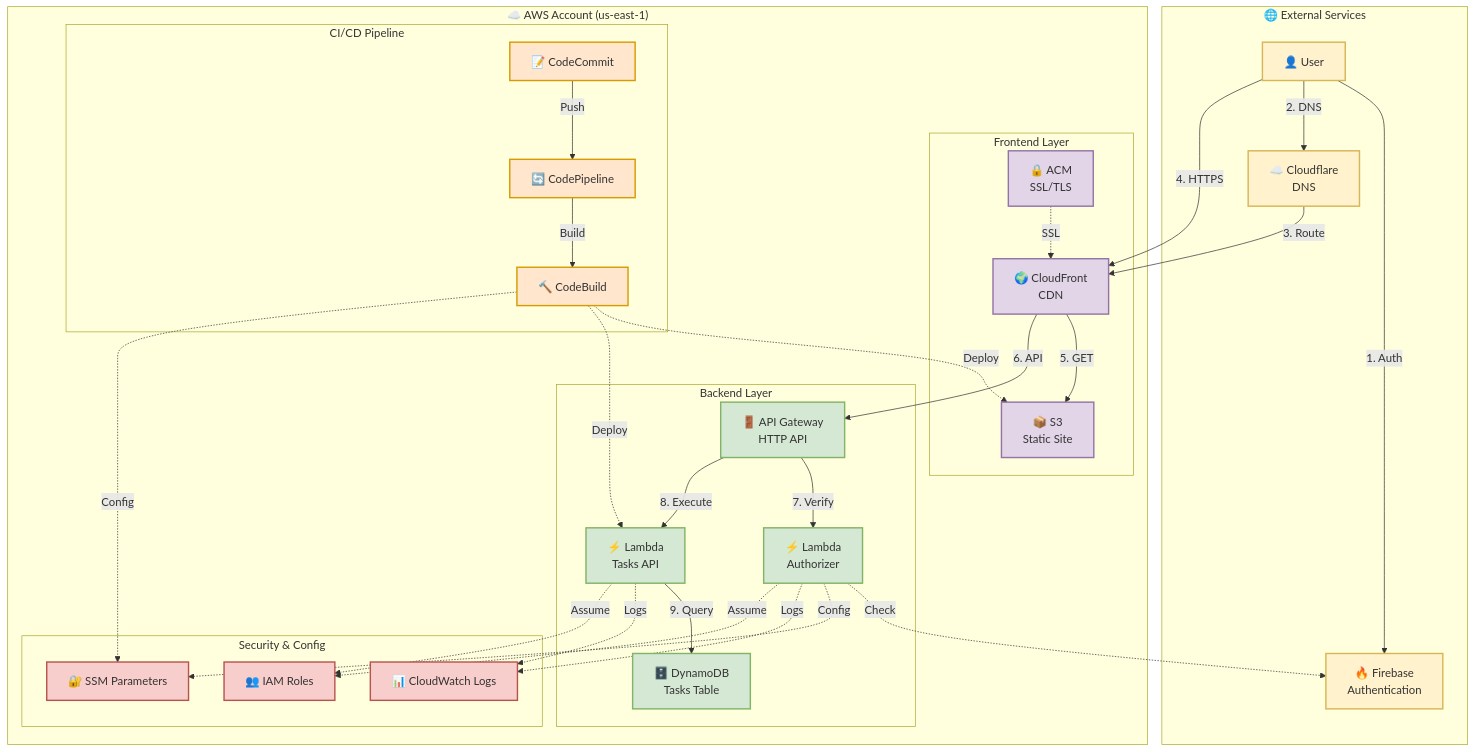
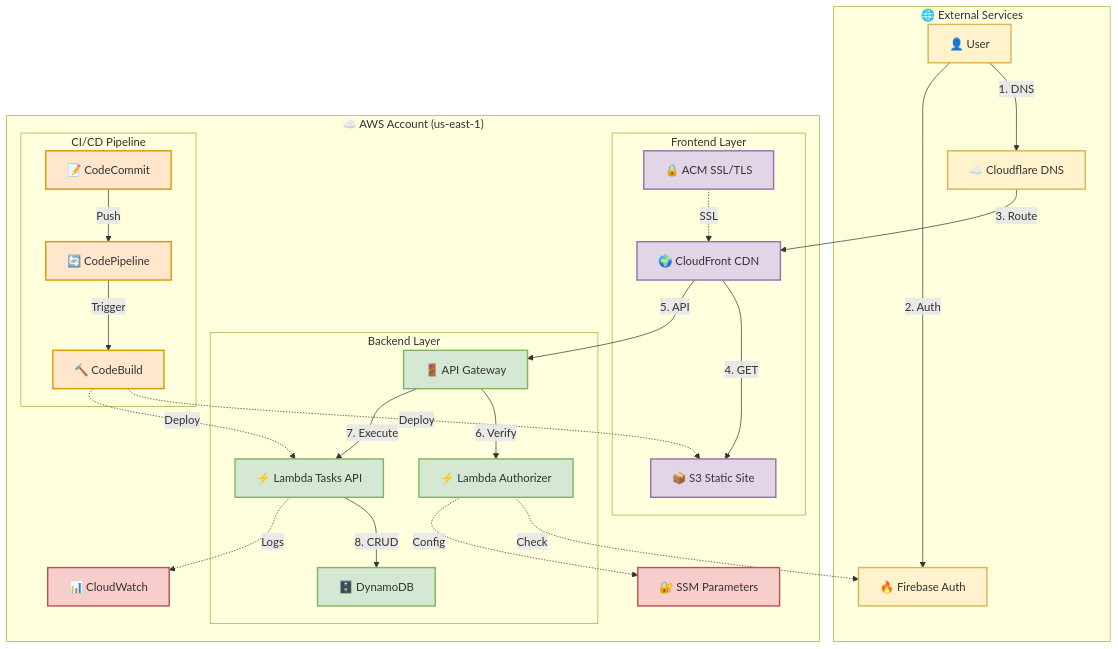
Before and after one commit to deamaya44/canicas-todo: the diagram in README.md, drawn with Mermaid.

Commit message:
docs: update architecture diagram with cleaner version
- Simplified labels (removed line breaks)
- Cleaner flow with numbered steps (1-8)
- Removed IAM from diagram (implicit in Lambda execution)
- Better visual hierarchy
- Same diagram as presentation

````diff
--- a/README.md
+++ b/README.md
@@ -27,26 +27,23 @@
 ```mermaid
 graph TB
-    %% External Services
     subgraph External["🌐 External Services"]
         User["👤 User"]
-        Firebase["🔥 Firebase<br/>Authentication"]
-        Cloudflare["☁️ Cloudflare<br/>DNS"]
+        Firebase["🔥 Firebase Auth"]
+        Cloudflare["☁️ Cloudflare DNS"]
     end
     
-    %% AWS Services
     subgraph AWS["☁️ AWS Account (us-east-1)"]
-        
         subgraph Frontend["Frontend Layer"]
-            ACM["🔒 ACM<br/>SSL/TLS"]
-            CloudFront["🌍 CloudFront<br/>CDN"]
-            S3["📦 S3<br/>Static Site"]
+            ACM["🔒 ACM SSL/TLS"]
+            CloudFront["🌍 CloudFront CDN"]
+            S3["📦 S3 Static Site"]
         end
         
         subgraph Backend["Backend Layer"]
-            APIGW["🚪 API Gateway<br/>HTTP API"]
-            AuthLambda["⚡ Lambda<br/>Authorizer"]
-            TasksLambda["⚡ Lambda<br/>Tasks API"]
-            DynamoDB["🗄️ DynamoDB<br/>Tasks Table"]
+            APIGW["🚪 API Gateway"]
+            AuthLambda["⚡ Lambda Authorizer"]
+            TasksLambda["⚡ Lambda Tasks API"]
+            DynamoDB["🗄️ DynamoDB"]
         end
         
         subgraph CICD["CI/CD Pipeline"]
@@ -55,47 +52,27 @@
             CodeBuild["🔨 CodeBuild"]
         end
         
-        subgraph Security["Security & Config"]
-            SSM["🔐 SSM Parameters"]
-            CloudWatch["📊 CloudWatch Logs"]
-            IAM["👥 IAM Roles"]
-        end
+        SSM["🔐 SSM Parameters"]
+        CloudWatch["📊 CloudWatch"]
     end
     
-    %% User Flow
-    User -->|1. Auth| Firebase
-    User -->|2. DNS| Cloudflare
+    User -->|1. DNS| Cloudflare
+    User -->|2. Auth| Firebase
     Cloudflare -->|3. Route| CloudFront
-    User -->|4. HTTPS| CloudFront
-    
-    %% Frontend Flow
     ACM -.->|SSL| CloudFront
-    CloudFront -->|5. GET| S3
-    CloudFront -->|6. API| APIGW
-    
-    %% Backend Flow
-    APIGW -->|7. Verify| AuthLambda
+    CloudFront -->|4. GET| S3
+    CloudFront -->|5. API| APIGW
+    APIGW -->|6. Verify| AuthLambda
     AuthLambda -.->|Check| Firebase
     AuthLambda -.->|Config| SSM
-    APIGW -->|8. Execute| TasksLambda
-    TasksLambda -->|9. Query| DynamoDB
-    
-    %% Logging
+    APIGW -->|7. Execute| TasksLambda
+    TasksLambda -->|8. CRUD| DynamoDB
     TasksLambda -.->|Logs| CloudWatch
-    AuthLambda -.->|Logs| CloudWatch
-    
-    %% CI/CD Flow
     CodeCommit -->|Push| CodePipeline
-    CodePipeline -->|Build| CodeBuild
+    CodePipeline -->|Trigger| CodeBuild
     CodeBuild -.->|Deploy| S3
     CodeBuild -.->|Deploy| TasksLambda
-    CodeBuild -.->|Config| SSM
     
-    %% Security
-    TasksLambda -.->|Assume| IAM
-    AuthLambda -.->|Assume| IAM
-    
-    %% Styling
     classDef external fill:#fff2cc,stroke:#d6b656,stroke-width:2px
     classDef frontend fill:#e1d5e7,stroke:#9673a6,stroke-width:2px
     classDef backend fill:#d5e8d4,stroke:#82b366,stroke-width:2px
@@ -106,5 +83,5 @@
     class ACM,CloudFront,S3 frontend
     class APIGW,AuthLambda,TasksLambda,DynamoDB backend
     class CodeCommit,CodePipeline,CodeBuild cicd
-    class SSM,CloudWatch,IAM security
+    class SSM,CloudWatch security
 ```
````
